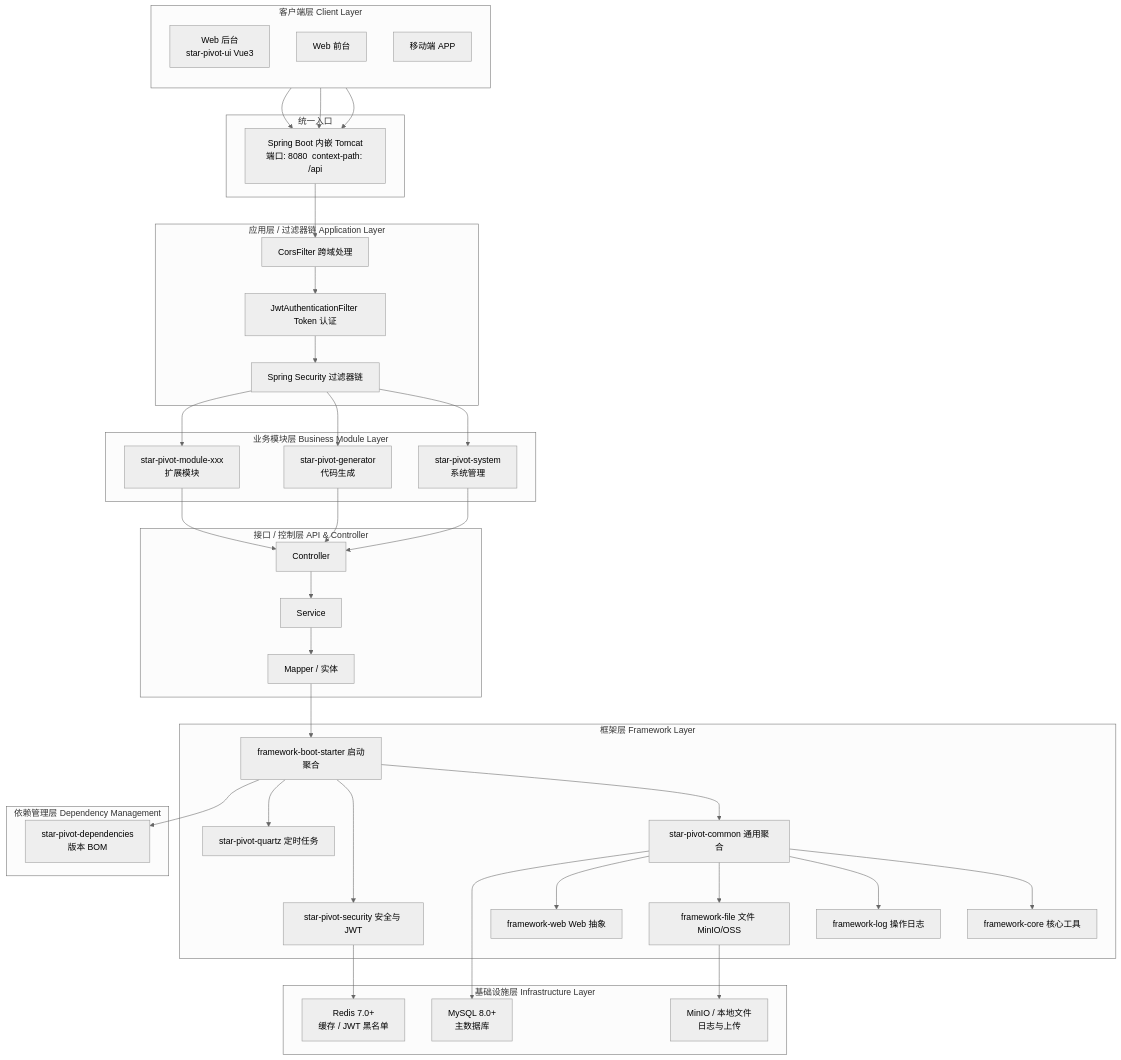
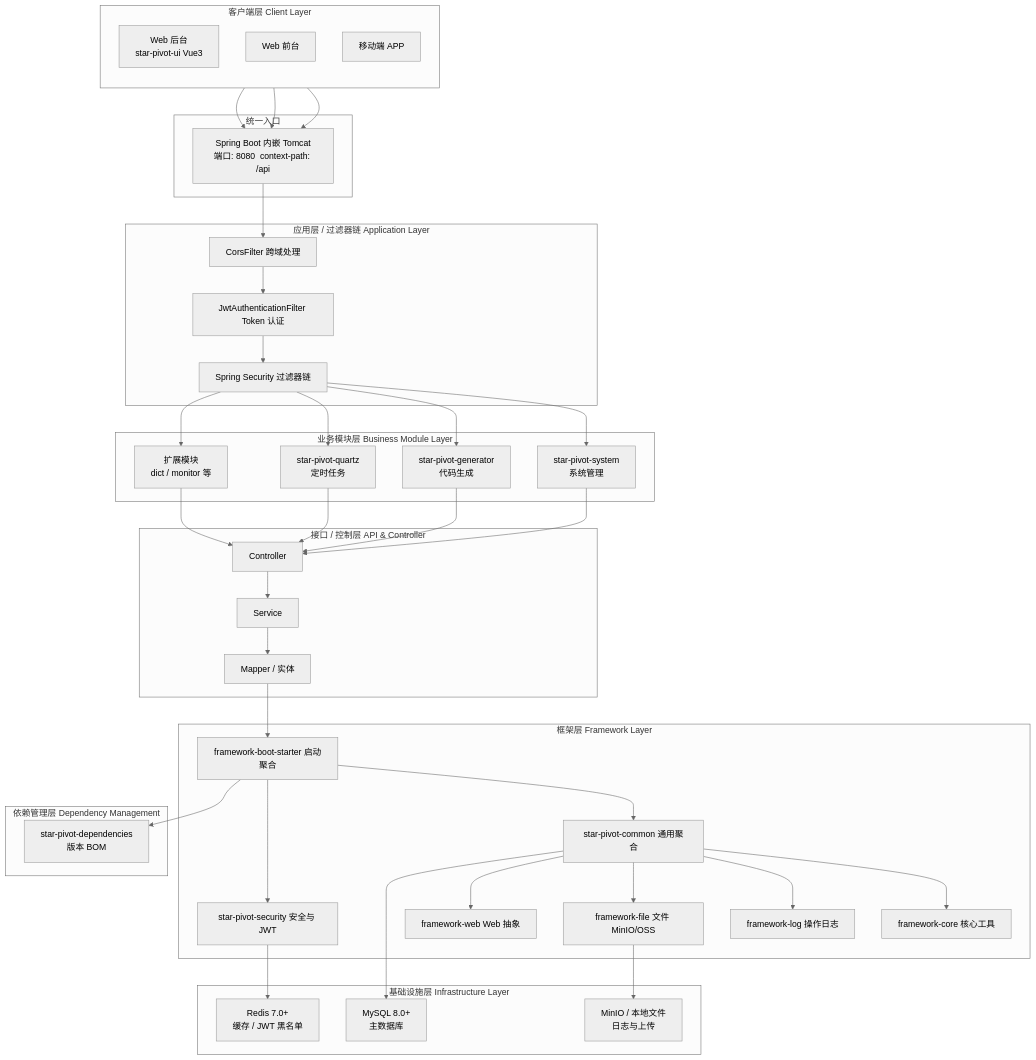
One commit to xinxin-star1998/star-pivot changed the first of 4 diagrams in doc/架构图与流程图.md. Above: the diagram before and after it, drawn with Mermaid (neutral theme). The commit also changed other lines of this file and 23 other files, not shown here.

````diff
--- a/doc/架构图与流程图.md
+++ b/doc/架构图与流程图.md
@@ -11,78 +11,79 @@
 ```mermaid
 flowchart TB
     subgraph Client["客户端层 Client Layer"]
         Web1[Web 后台<br/>star-pivot-ui Vue3]
         Web2[Web 前台]
         App[移动端 APP]
         direction TB
     end
 
     subgraph Entry["统一入口"]
         Tomcat["Spring Boot 内嵌 Tomcat<br/>端口: 8080  context-path: /api"]
     end
 
     subgraph AppLayer["应用层 / 过滤器链 Application Layer"]
         F1["CorsFilter 跨域处理"]
         F2["JwtAuthenticationFilter Token 认证"]
         F3["Spring Security 过滤器链"]
         F1 --> F2 --> F3
     end
 
     subgraph Biz["业务模块层 Business Module Layer"]
         M1["star-pivot-system<br/>系统管理"]
         M2["star-pivot-generator<br/>代码生成"]
-        M3["star-pivot-module-xxx<br/>扩展模块"]
+        M3["star-pivot-quartz<br/>定时任务"]
+        M4["扩展模块<br/>dict / monitor 等"]
     end
 
     subgraph API["接口 / 控制层 API & Controller"]
         A1["Controller"]
         A2["Service"]
         A3["Mapper / 实体"]
     end
 
     subgraph Framework["框架层 Framework Layer"]
         FW1["framework-core 核心工具"]
         FW2["framework-log 操作日志"]
         FW3["framework-file 文件 MinIO/OSS"]
         FW4["framework-web Web 抽象"]
         FW5["star-pivot-common 通用聚合"]
         FW6["star-pivot-security 安全与 JWT"]
-        FW7["star-pivot-quartz 定时任务"]
-        FW8["framework-boot-starter 启动聚合"]
+        FW7["framework-boot-starter 启动聚合"]
     end
 
     subgraph Dep["依赖管理层 Dependency Management"]
         BOM["star-pivot-dependencies<br/>版本 BOM"]
     end
 
     subgraph Infra["基础设施层 Infrastructure Layer"]
         MySQL["MySQL 8.0+<br/>主数据库"]
         Redis["Redis 7.0+<br/>缓存 / JWT 黑名单"]
         MinIO["MinIO / 本地文件<br/>日志与上传"]
     end
 
     Web1 --> Tomcat
     Web2 --> Tomcat
     App --> Tomcat
     Tomcat --> F1
     F3 --> M1
     F3 --> M2
     F3 --> M3
+    F3 --> M4
     M1 --> A1
     M2 --> A1
     M3 --> A1
+    M4 --> A1
     A1 --> A2
     A2 --> A3
-    A3 --> FW8
-    FW8 --> FW5
-    FW8 --> FW6
-    FW8 --> FW7
+    A3 --> FW7
+    FW7 --> FW5
+    FW7 --> FW6
     FW5 --> FW1
     FW5 --> FW2
     FW5 --> FW3
     FW5 --> FW4
-    FW8 --> BOM
+    FW7 --> BOM
     FW6 --> Redis
     FW5 --> MySQL
     FW3 --> MinIO
 ```
````
